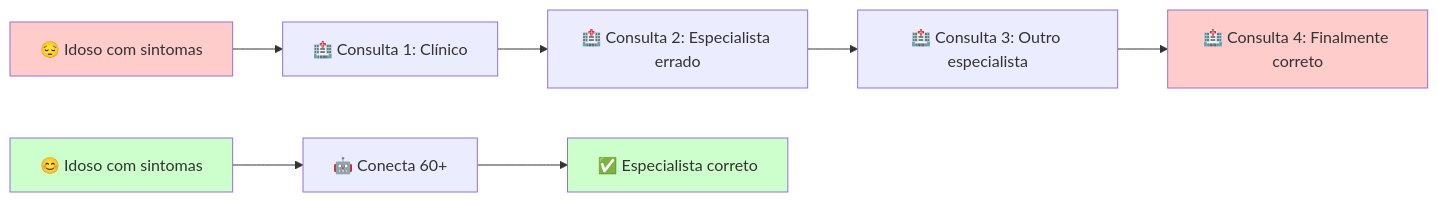
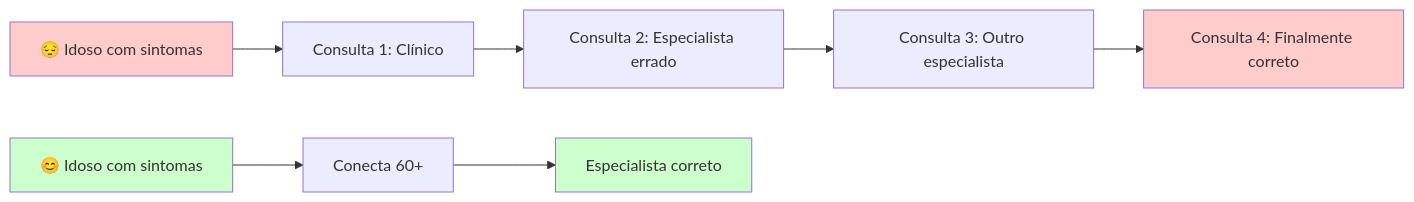
The first of 6 diagrams in README.md (Eduardodanield/Conecta_60Plus), drawn with Mermaid before and after one commit. The commit also changed other lines of this file, not shown here.

````diff
--- a/README.md
+++ b/README.md
@@ -56,15 +56,15 @@
 ```mermaid
 graph LR
-    A[😔 Idoso com sintomas] --> B[🏥 Consulta 1: Clínico]
-    B --> C[🏥 Consulta 2: Especialista errado]
-    C --> D[🏥 Consulta 3: Outro especialista]
-    D --> E[🏥 Consulta 4: Finalmente correto]
+    A[😔 Idoso com sintomas] --> B[ Consulta 1: Clínico]
+    B --> C[ Consulta 2: Especialista errado]
+    C --> D[ Consulta 3: Outro especialista]
+    D --> E[ Consulta 4: Finalmente correto]
     
-    A2[😊 Idoso com sintomas] --> F[🤖 Conecta 60+]
-    F --> G[✅ Especialista correto]
+    A2[😊 Idoso com sintomas] --> F[ Conecta 60+]
+    F --> G[Especialista correto]
     
     style A fill:#ffcccc
     style E fill:#ffcccc
     style A2 fill:#ccffcc
     style G fill:#ccffcc
 ```
````
